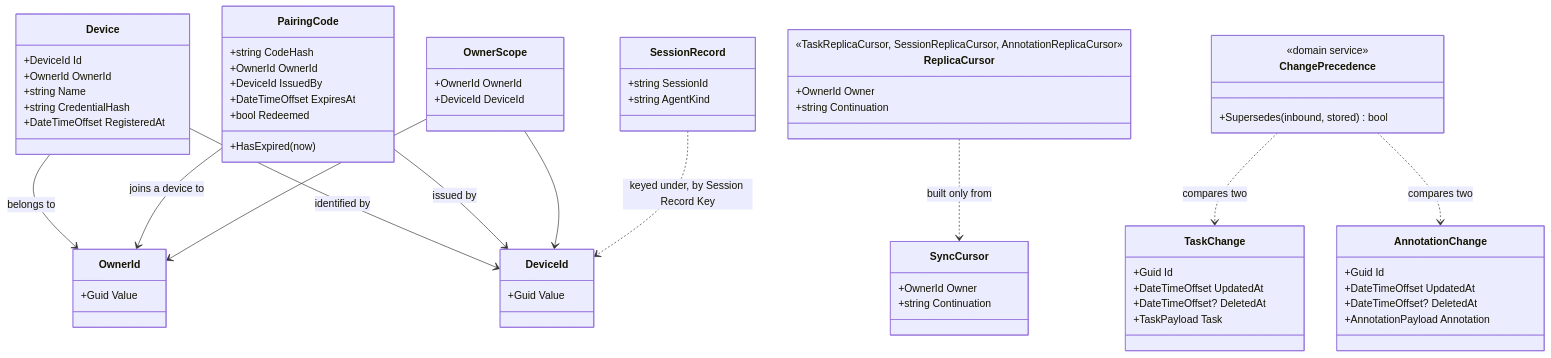
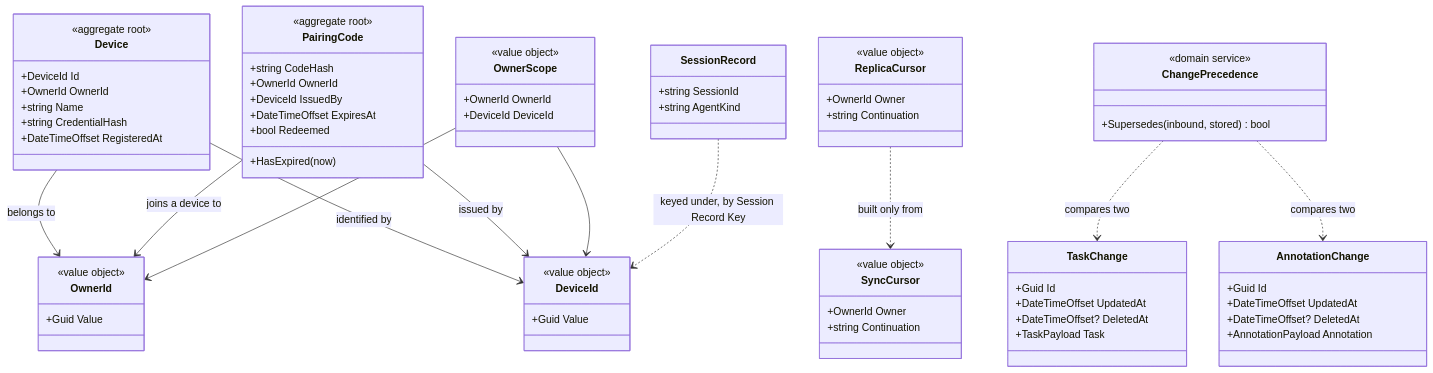
Before and after one commit to JSdotNet/Backlog: the diagram in .devbook/domain/sync/model.md, drawn with Mermaid. The commit also changed other lines of this file and 11 other files, not shown here.

````diff
--- a/.devbook/domain/sync/model.md
+++ b/.devbook/domain/sync/model.md
@@ -16,6 +16,7 @@
 ```mermaid
 classDiagram
     class Device {
+        <<aggregate root>>
         +DeviceId Id
         +OwnerId OwnerId
         +string Name
@@ -24,6 +25,7 @@
     }
 
     class PairingCode {
+        <<aggregate root>>
         +string CodeHash
         +OwnerId OwnerId
         +DeviceId IssuedBy
@@ -33,25 +35,29 @@
     }
 
     class OwnerId {
+        <<value object>>
         +Guid Value
     }
 
     class DeviceId {
+        <<value object>>
         +Guid Value
     }
 
     class OwnerScope {
+        <<value object>>
         +OwnerId OwnerId
         +DeviceId DeviceId
     }
 
     class SyncCursor {
+        <<value object>>
         +OwnerId Owner
         +string Continuation
     }
 
     class ReplicaCursor {
-        <<TaskReplicaCursor, SessionReplicaCursor, AnnotationReplicaCursor>>
+        <<value object>>
         +OwnerId Owner
         +string Continuation
     }
````
